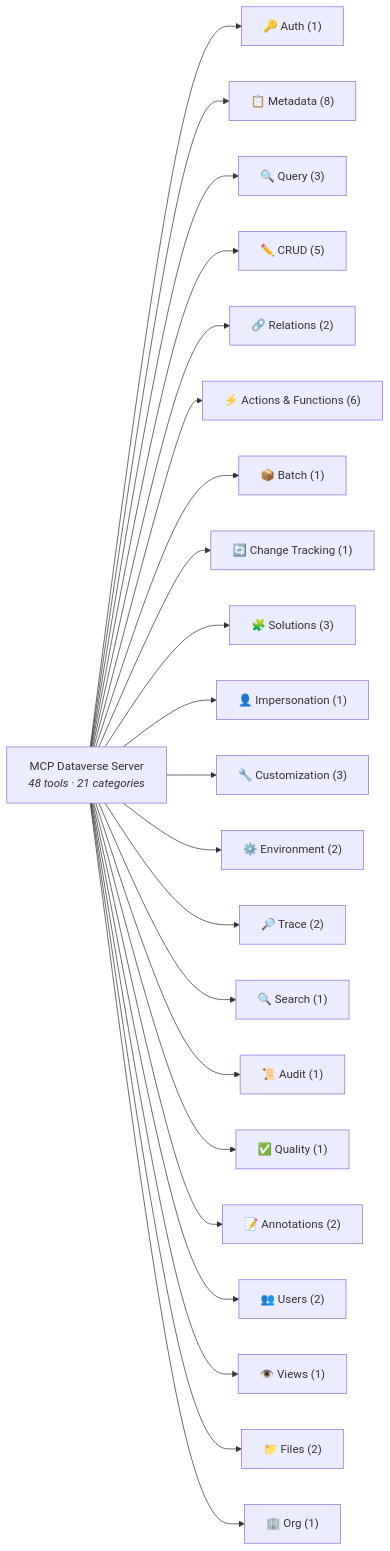
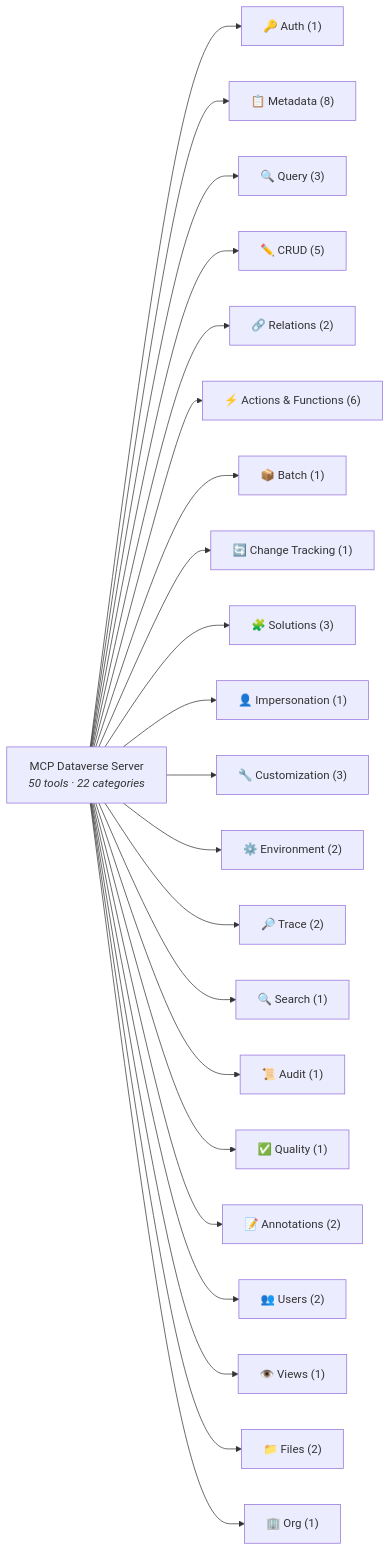
Before and after one commit to codeurali/mcp-dataverse: the diagram in CAPABILITIES.md, drawn with Mermaid. The commit also changed other lines of this file and 87 other files, not shown here.

First line of the commit message:
fix: cleanup obsolete items O-01..O-09 + enrich server.json for MCP Registry

````diff
--- a/CAPABILITIES.md
+++ b/CAPABILITIES.md
@@ -102,26 +102,26 @@
 ```mermaid
 graph LR
-    MCP["MCP Dataverse Server<br/><i>48 tools · 21 categories</i>"]
+    MCP["MCP Dataverse Server<br/><i>50 tools · 22 categories</i>"]
 
     MCP --> AUTH["🔑 Auth (1)"]
     MCP --> META["📋 Metadata (8)"]
     MCP --> QUERY["🔍 Query (3)"]
     MCP --> CRUD["✏️ CRUD (5)"]
     MCP --> REL["🔗 Relations (2)"]
     MCP --> ACT["⚡ Actions & Functions (6)"]
     MCP --> BATCH["📦 Batch (1)"]
     MCP --> TRACK["🔄 Change Tracking (1)"]
     MCP --> SOL["🧩 Solutions (3)"]
     MCP --> IMP["👤 Impersonation (1)"]
     MCP --> CUST["🔧 Customization (3)"]
     MCP --> ENV["⚙️ Environment (2)"]
     MCP --> TRACE["🔎 Trace (2)"]
     MCP --> SRCH["🔍 Search (1)"]
     MCP --> AUDIT["📜 Audit (1)"]
     MCP --> QUAL["✅ Quality (1)"]
     MCP --> NOTE["📝 Annotations (2)"]
     MCP --> USR["👥 Users (2)"]
     MCP --> VIEWS["👁️ Views (1)"]
     MCP --> FILES["📁 Files (2)"]
     MCP --> ORG["🏢 Org (1)"]
 ```
````
